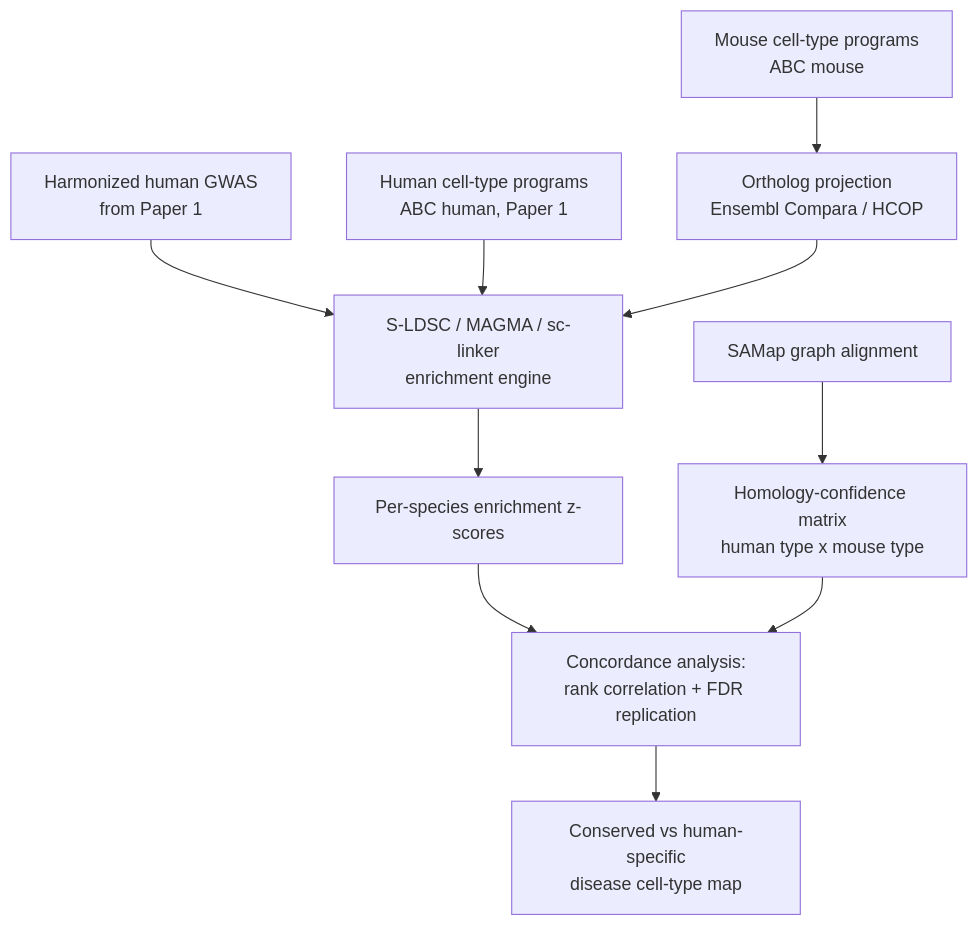
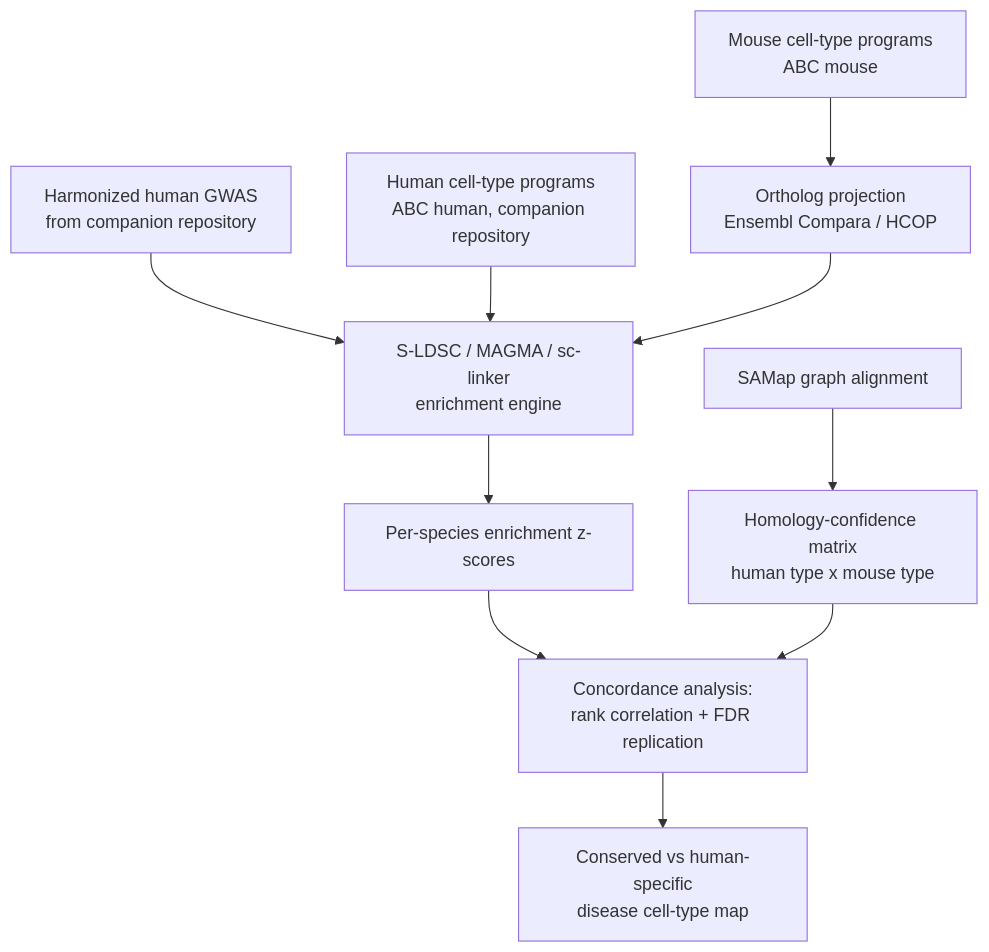
One commit to hwilner/gwas-cross-species-celltype-mapping changed the second of 2 diagrams in docs/EXTENDED_INTRODUCTION.md. Above: the diagram before and after it, drawn with Mermaid. The commit also changed other lines of this file and 8 other files, not shown here.

````diff
--- a/docs/EXTENDED_INTRODUCTION.md
+++ b/docs/EXTENDED_INTRODUCTION.md
@@ -91,12 +91,12 @@
 ```mermaid
 flowchart TD
-    G[Harmonized human GWAS<br/>from Paper 1] --> E1[S-LDSC / MAGMA / sc-linker<br/>enrichment engine]
-    H[Human cell-type programs<br/>ABC human, Paper 1] --> E1
+    G[Harmonized human GWAS<br/>from companion repository] --> E1[S-LDSC / MAGMA / sc-linker<br/>enrichment engine]
+    H[Human cell-type programs<br/>ABC human, companion repository] --> E1
     M[Mouse cell-type programs<br/>ABC mouse] --> O[Ortholog projection<br/>Ensembl Compara / HCOP]
     O --> E1
     S[SAMap graph alignment] --> C[Homology-confidence matrix<br/>human type x mouse type]
     E1 --> Z[Per-species enrichment z-scores]
     Z --> K[Concordance analysis:<br/>rank correlation + FDR replication]
     C --> K
     K --> R[Conserved vs human-specific<br/>disease cell-type map]
 ```
````
